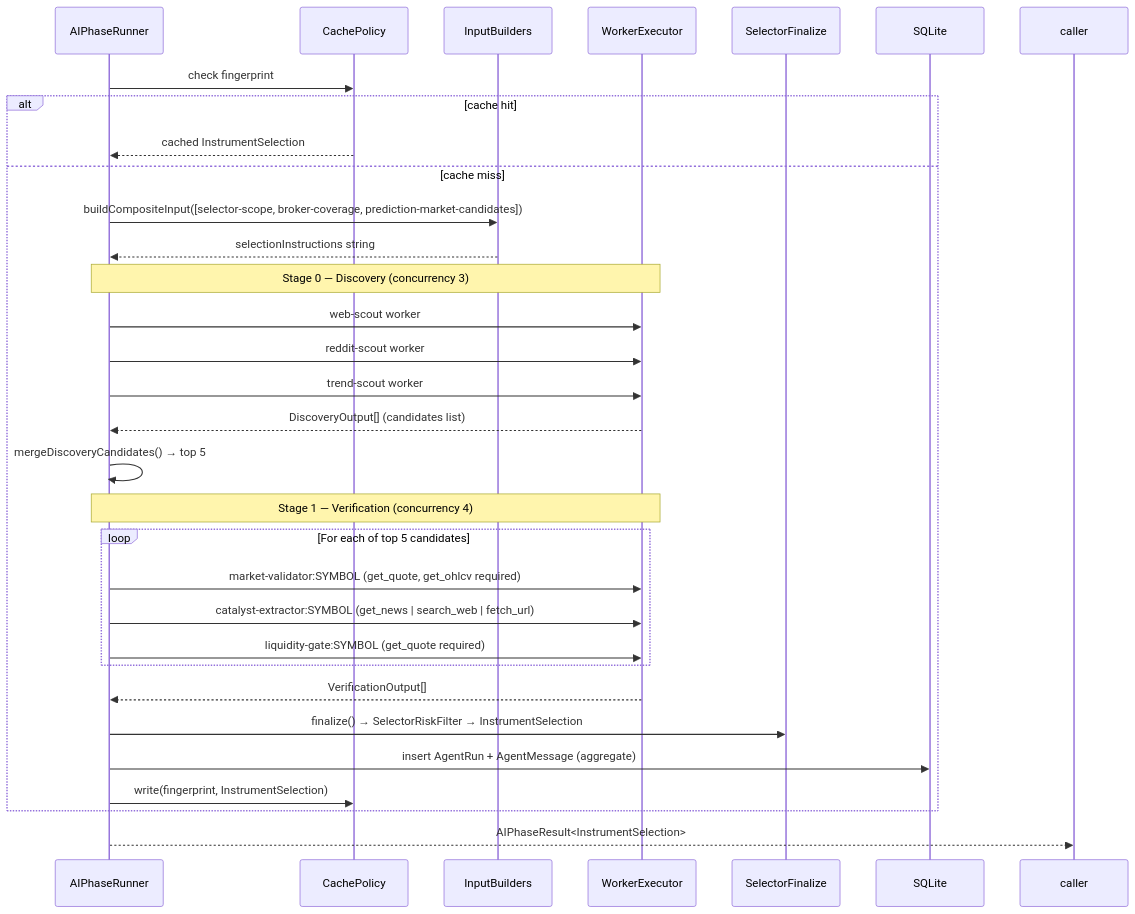
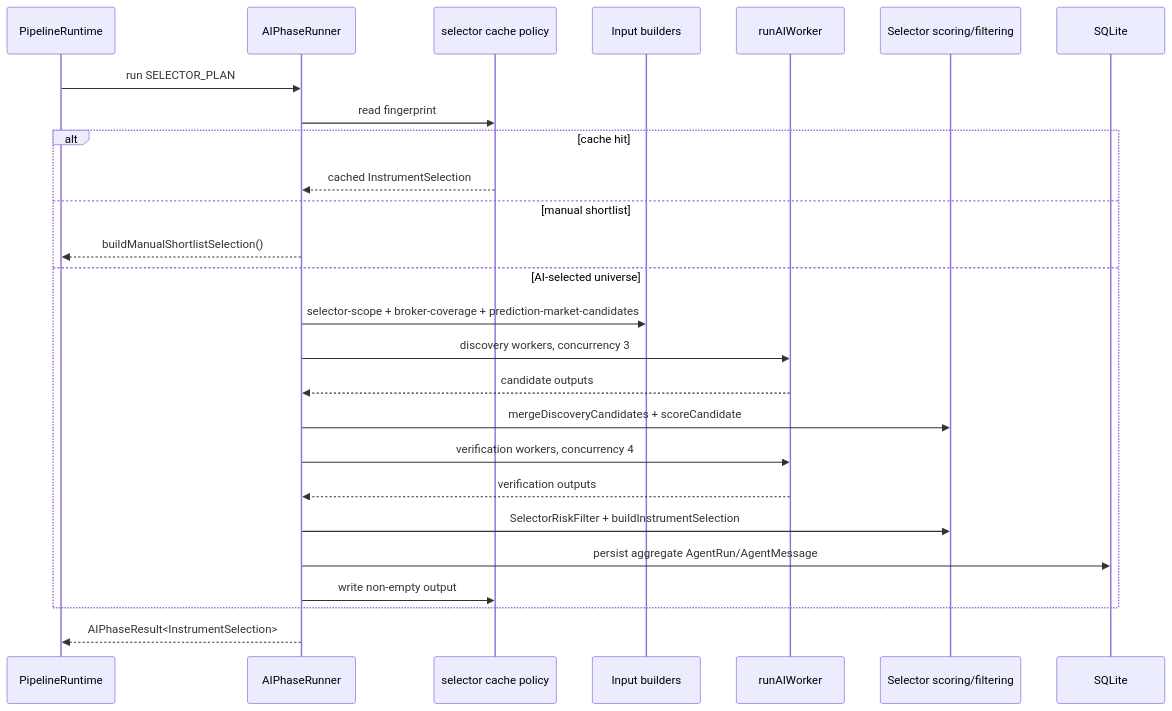
The fifth of 9 diagrams in docs/architecture/pipeline-runtime.md (KennethAtchon/Exva), drawn with Mermaid before and after one commit. The commit also changed other lines of this file and 11 other files, not shown here.

````diff
--- a/docs/architecture/pipeline-runtime.md
+++ b/docs/architecture/pipeline-runtime.md
@@ -514,37 +250,29 @@
 ```mermaid
 sequenceDiagram
-    participant PPI as AIPhaseRunner
-    participant CACHE as CachePolicy
-    participant IB as InputBuilders
-    participant WE as WorkerExecutor
-    participant AGG as SelectorFinalize
+    participant PR as PipelineRuntime
+    participant Phase as AIPhaseRunner
+    participant Cache as selector cache policy
+    participant Inputs as Input builders
+    participant Worker as runAIWorker
+    participant Scoring as Selector scoring/filtering
     participant DB as SQLite
 
-    PPI->>CACHE: check fingerprint
+    PR->>Phase: run SELECTOR_PLAN
+    Phase->>Cache: read fingerprint
     alt cache hit
-        CACHE-->>PPI: cached InstrumentSelection
-    else cache miss
-        PPI->>IB: buildCompositeInput([selector-scope, broker-coverage, prediction-market-candidates])
-        IB-->>PPI: selectionInstructions string
-
-        Note over PPI,WE: Stage 0 — Discovery (concurrency 3)
-        PPI->>WE: web-scout worker
-        PPI->>WE: reddit-scout worker
-        PPI->>WE: trend-scout worker
-        WE-->>PPI: DiscoveryOutput[] (candidates list)
-        PPI->>PPI: mergeDiscoveryCandidates() → top 5
-
-        Note over PPI,WE: Stage 1 — Verification (concurrency 4)
-        loop For each of top 5 candidates
-            PPI->>WE: market-validator:SYMBOL (get_quote, get_ohlcv required)
-            PPI->>WE: catalyst-extractor:SYMBOL (get_news | search_web | fetch_url)
-            PPI->>WE: liquidity-gate:SYMBOL (get_quote required)
-        end
-        WE-->>PPI: VerificationOutput[]
-
-        PPI->>AGG: finalize() → SelectorRiskFilter → InstrumentSelection
-        PPI->>DB: insert AgentRun + AgentMessage (aggregate)
-        PPI->>CACHE: write(fingerprint, InstrumentSelection)
+        Cache-->>Phase: cached InstrumentSelection
+    else manual shortlist
+        Phase-->>PR: buildManualShortlistSelection()
+    else AI-selected universe
+        Phase->>Inputs: selector-scope + broker-coverage + prediction-market-candidates
+        Phase->>Worker: discovery workers, concurrency 3
+        Worker-->>Phase: candidate outputs
+        Phase->>Scoring: mergeDiscoveryCandidates + scoreCandidate
+        Phase->>Worker: verification workers, concurrency 4
+        Worker-->>Phase: verification outputs
+        Phase->>Scoring: SelectorRiskFilter + buildInstrumentSelection
+        Phase->>DB: persist aggregate AgentRun/AgentMessage
+        Phase->>Cache: write non-empty output
     end
-    PPI-->>caller: AIPhaseResult<InstrumentSelection>
+    Phase-->>PR: AIPhaseResult<InstrumentSelection>
 ```
````
